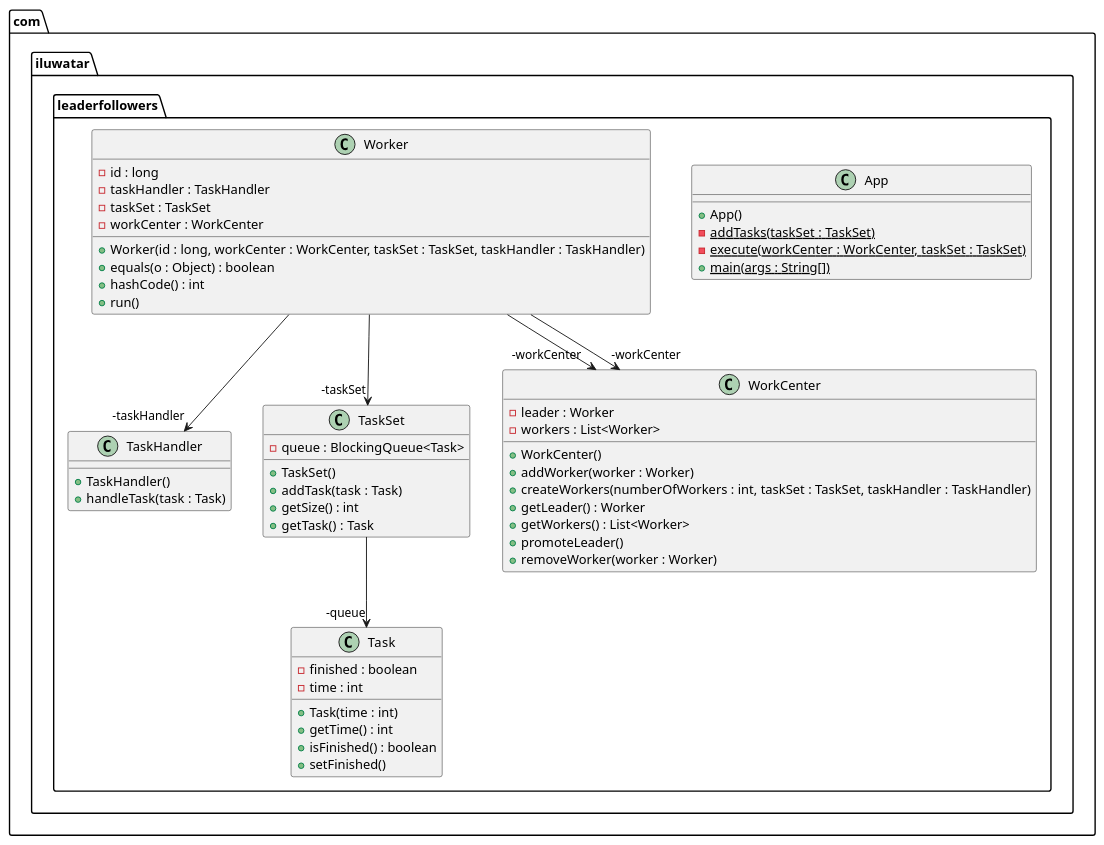
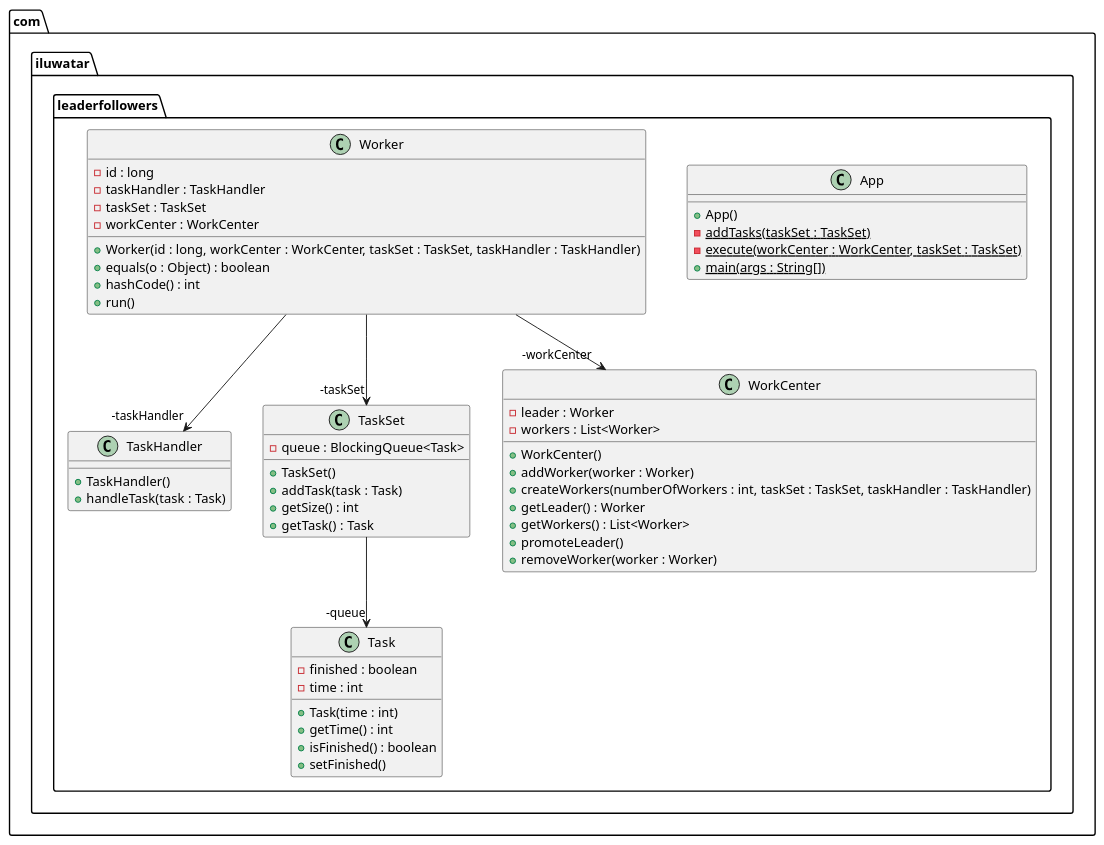
Before and after one commit to npczwh/java-design-patterns: the diagram in leader-followers/etc/leader-followers.urm.puml, drawn with PlantUML. The commit also changed 2 other files, not shown here.

```diff
--- a/leader-followers/etc/leader-followers.urm.puml
+++ b/leader-followers/etc/leader-followers.urm.puml
@@ -1,55 +1,54 @@
 @startuml
 package com.iluwatar.leaderfollowers {
   class App {
     + App()
     - addTasks(taskSet : TaskSet) {static}
     - execute(workCenter : WorkCenter, taskSet : TaskSet) {static}
     + main(args : String[]) {static}
   }
   class Task {
     - finished : boolean
     - time : int
     + Task(time : int)
     + getTime() : int
     + isFinished() : boolean
     + setFinished()
   }
   class TaskHandler {
     + TaskHandler()
     + handleTask(task : Task)
   }
   class TaskSet {
     - queue : BlockingQueue<Task>
     + TaskSet()
     + addTask(task : Task)
     + getSize() : int
     + getTask() : Task
   }
   class WorkCenter {
     - leader : Worker
     - workers : List<Worker>
     + WorkCenter()
     + addWorker(worker : Worker)
     + createWorkers(numberOfWorkers : int, taskSet : TaskSet, taskHandler : TaskHandler)
     + getLeader() : Worker
     + getWorkers() : List<Worker>
     + promoteLeader()
     + removeWorker(worker : Worker)
   }
   class Worker {
     - id : long
     - taskHandler : TaskHandler
     - taskSet : TaskSet
     - workCenter : WorkCenter
     + Worker(id : long, workCenter : WorkCenter, taskSet : TaskSet, taskHandler : TaskHandler)
     + equals(o : Object) : boolean
     + hashCode() : int
     + run()
   }
 }
 Worker -->  "-taskSet" TaskSet
 Worker -->  "-taskHandler" TaskHandler
 TaskSet -->  "-queue" Task
 Worker -->  "-workCenter" WorkCenter
-Worker -->  "-workCenter" WorkCenter
 @enduml
```
